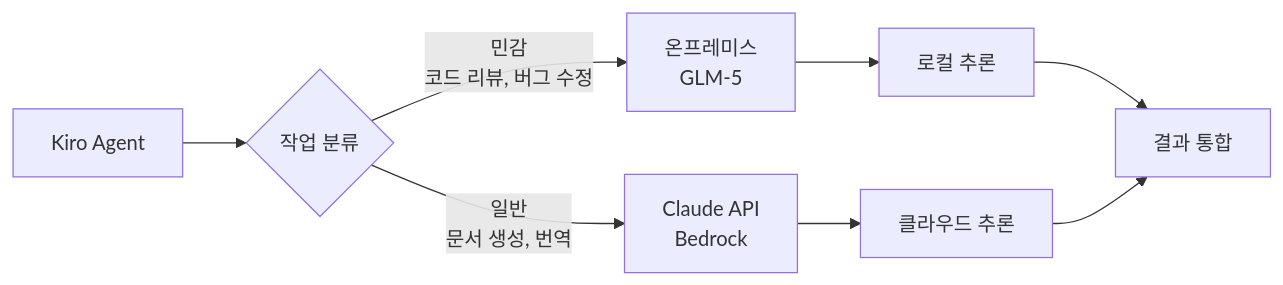
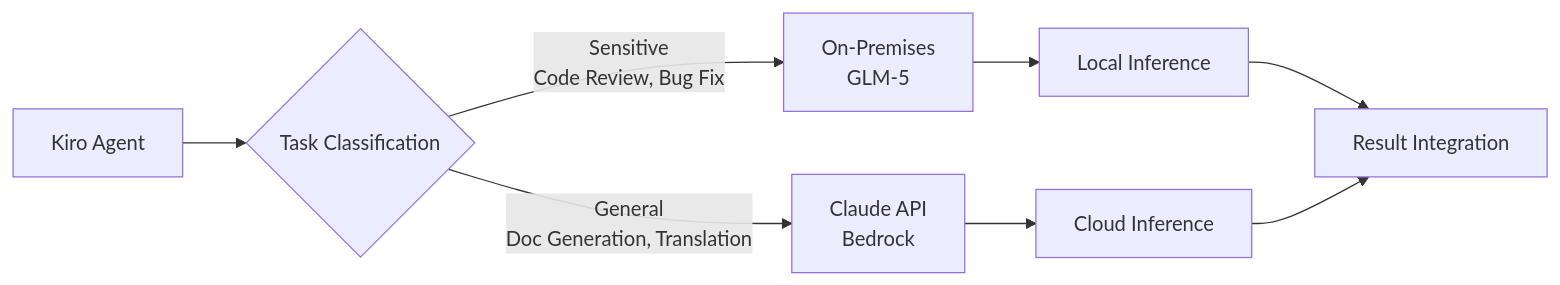
Before and after one commit to devfloor9/engineering-playbook: the third of 4 diagrams in docs/aidlc/toolchain/open-weight-models.md, drawn with Mermaid. The commit also changed other lines of this file and 954 other files, not shown here.

````diff
--- a/docs/aidlc/toolchain/open-weight-models.md
+++ b/docs/aidlc/toolchain/open-weight-models.md
@@ -169,10 +169,10 @@
 ```mermaid
 graph LR
-    A[Kiro Agent] --> B{작업 분류}
-    B -->|민감<br/>코드 리뷰, 버그 수정| C[온프레미스<br/>GLM-5]
-    B -->|일반<br/>문서 생성, 번역| D[Claude API<br/>Bedrock]
-    C --> E[로컬 추론]
-    D --> F[클라우드 추론]
-    E --> G[결과 통합]
+    A[Kiro Agent] --> B{Task Classification}
+    B -->|Sensitive<br/>Code Review, Bug Fix| C[On-Premises<br/>GLM-5]
+    B -->|General<br/>Doc Generation, Translation| D[Claude API<br/>Bedrock]
+    C --> E[Local Inference]
+    D --> F[Cloud Inference]
+    E --> G[Result Integration]
     F --> G
 ```
````
